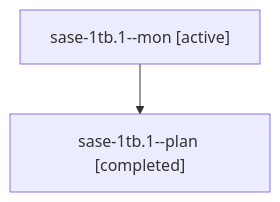
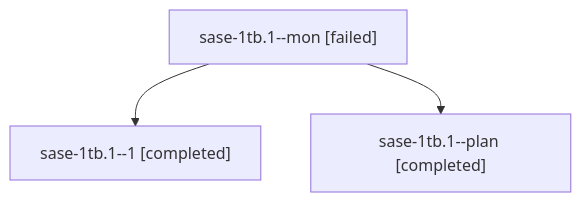
Before and after one commit to sase-org/sase--agents: the diagram in sessions/bbugyi200.athena.sase-1tb.1.md, drawn with Mermaid. The commit also changed other lines of this file and 26 other files, not shown here.

````diff
--- a/sessions/bbugyi200.athena.sase-1tb.1.md
+++ b/sessions/bbugyi200.athena.sase-1tb.1.md
@@ -9,6 +9,8 @@
 ```mermaid
 flowchart TD
-  n0["sase-1tb.1--mon [active]"]
-  n1["sase-1tb.1--plan [completed]"]
+  n0["sase-1tb.1--mon [failed]"]
+  n1["sase-1tb.1--1 [completed]"]
   n0 --> n1
+  n2["sase-1tb.1--plan [completed]"]
+  n0 --> n2
 ```
````
